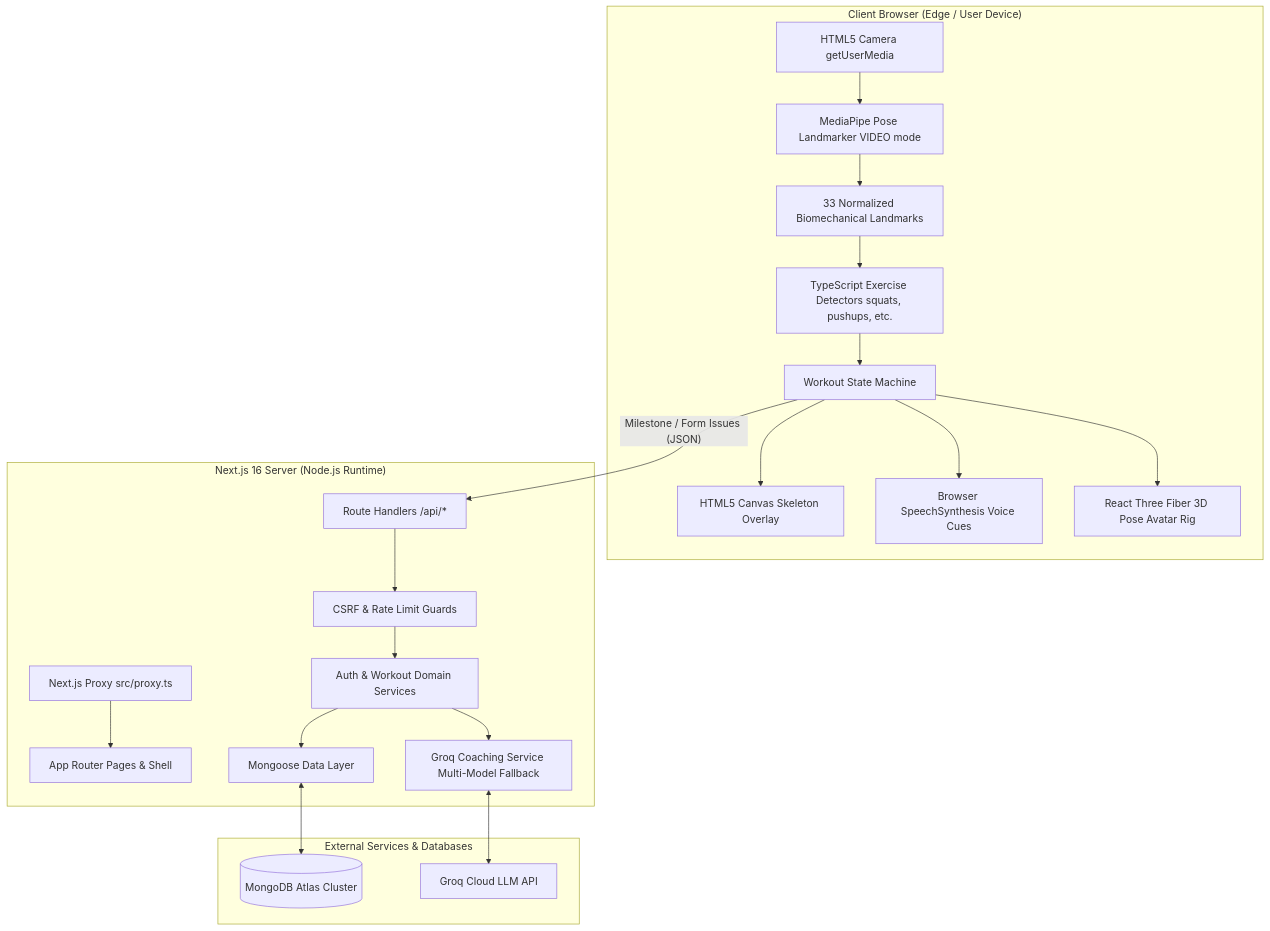
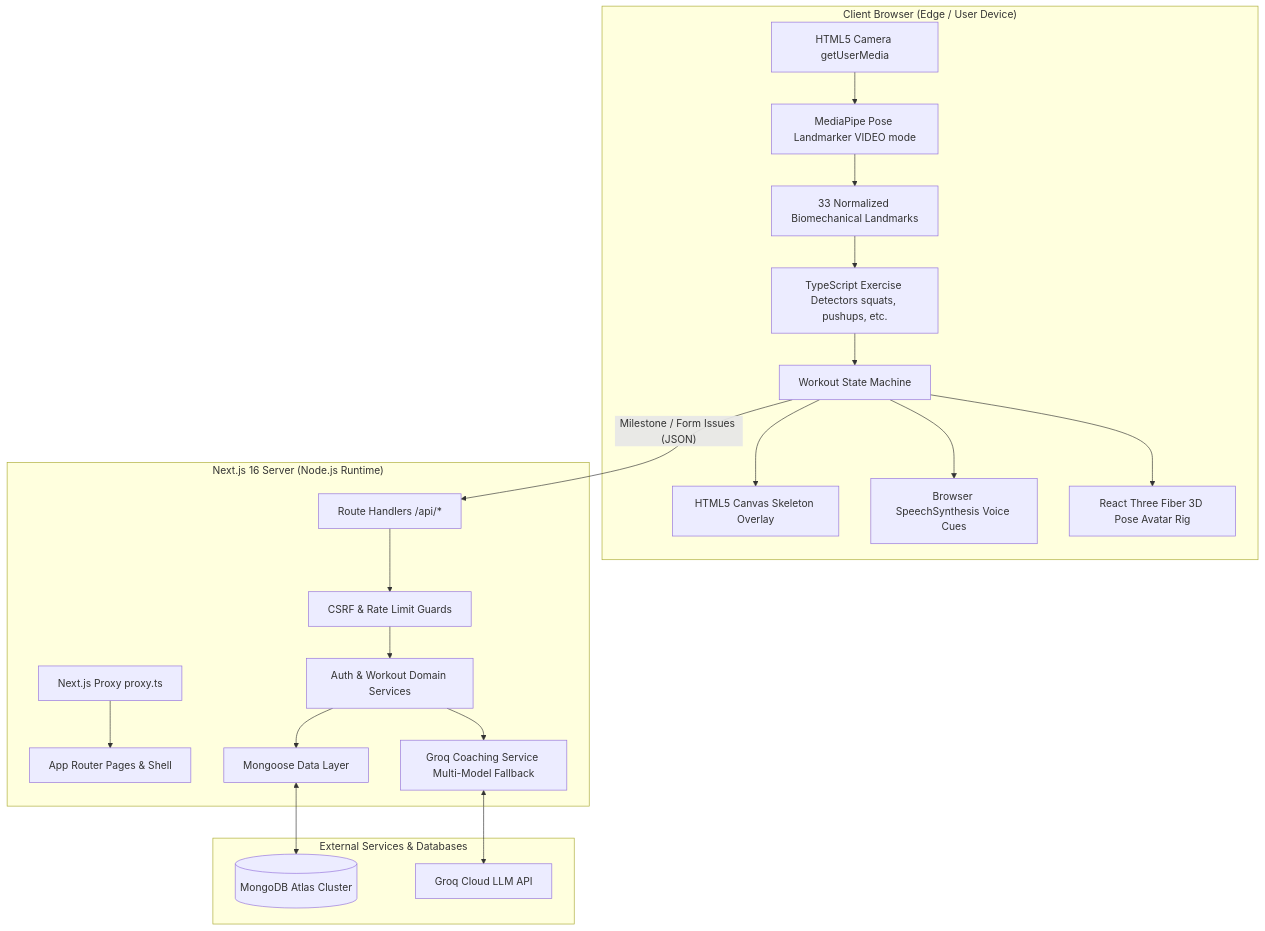
Before and after one commit to alokprasad573/GymGenie: the first of 4 diagrams in docs/ARCHITECTURE.md, drawn with Mermaid. The commit also changed other lines of this file and 118 other files, not shown here.

Commit message:
feat: initialize GymGenie application with Next.js 16 App Router and AI pose tracking

````diff
--- a/docs/ARCHITECTURE.md
+++ b/docs/ARCHITECTURE.md
@@ -22,29 +22,29 @@
 ```mermaid
 flowchart TD
     subgraph Client ["Client Browser (Edge / User Device)"]
         A[HTML5 Camera getUserMedia] --> B[MediaPipe Pose Landmarker VIDEO mode]
         B --> C[33 Normalized Biomechanical Landmarks]
         C --> D[TypeScript Exercise Detectors squats, pushups, etc.]
         D --> E[Workout State Machine]
         E --> F[HTML5 Canvas Skeleton Overlay]
         E --> G[Browser SpeechSynthesis Voice Cues]
         E --> H[React Three Fiber 3D Pose Avatar Rig]
     end
 
     subgraph Server ["Next.js 16 Server (Node.js Runtime)"]
-        I[Next.js Proxy src/proxy.ts] --> J[App Router Pages & Shell]
+        I[Next.js Proxy proxy.ts] --> J[App Router Pages & Shell]
         K[Route Handlers /api/*] --> L[CSRF & Rate Limit Guards]
         L --> M[Auth & Workout Domain Services]
         M --> N[Mongoose Data Layer]
         M --> O[Groq Coaching Service Multi-Model Fallback]
     end
 
     subgraph External ["External Services & Databases"]
         P[(MongoDB Atlas Cluster)]
         Q[Groq Cloud LLM API]
     end
 
     E -- "Milestone / Form Issues (JSON)" --> K
     N <--> P
     O <--> Q
 ```
````
